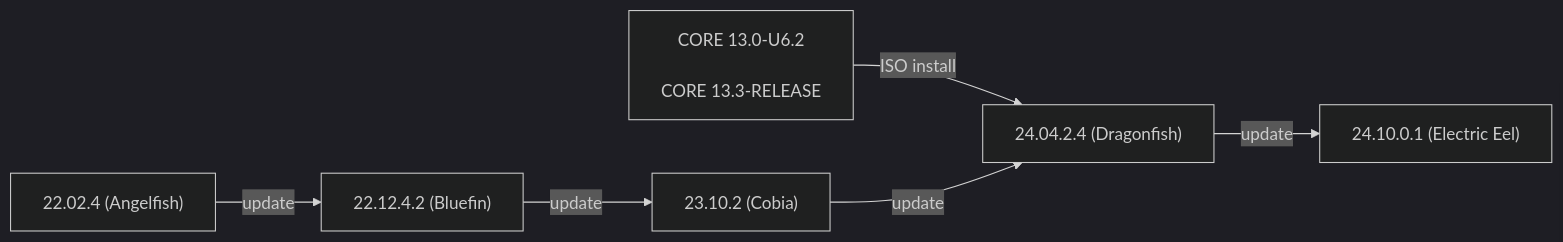
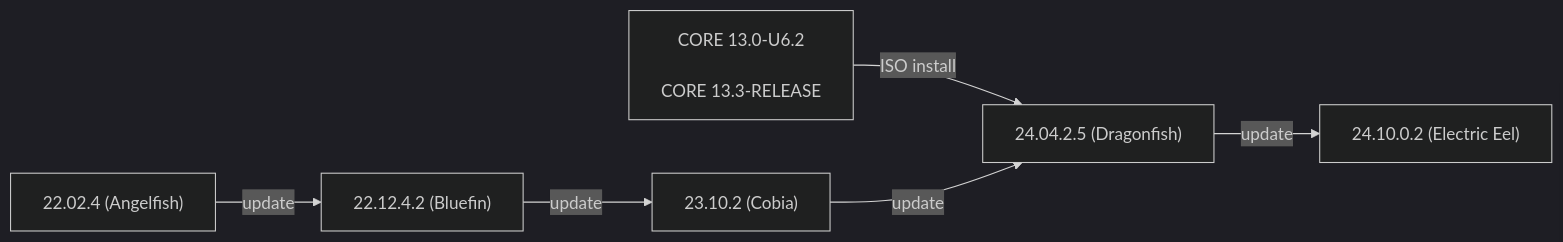
Before and after one commit to truenas/documentation: the first of 2 diagrams in static/includes/SCALEUpgradePaths.md, drawn with Mermaid (dark theme). The commit also changed other lines of this file and 3 other files, not shown here.

```diff
--- a/static/includes/SCALEUpgradePaths.md
+++ b/static/includes/SCALEUpgradePaths.md
@@ -49,9 +49,9 @@
           {{< mermaid class="mermaid_sizing" >}}
           flowchart LR
             A["22.02.4 (Angelfish)"] -->|update| C
             B["CORE 13.0-U6.2<br><br>CORE 13.3-RELEASE"] -->|ISO install| E
             C["22.12.4.2 (Bluefin)"] -->|update| D
             D["23.10.2 (Cobia)"] -->|update| E
-            E["24.04.2.4 (Dragonfish)"] -->|update| H
-            H["24.10.0.1 (Electric Eel)"]
+            E["24.04.2.5 (Dragonfish)"] -->|update| H
+            H["24.10.0.2 (Electric Eel)"]
           {{< /mermaid >}}
```
